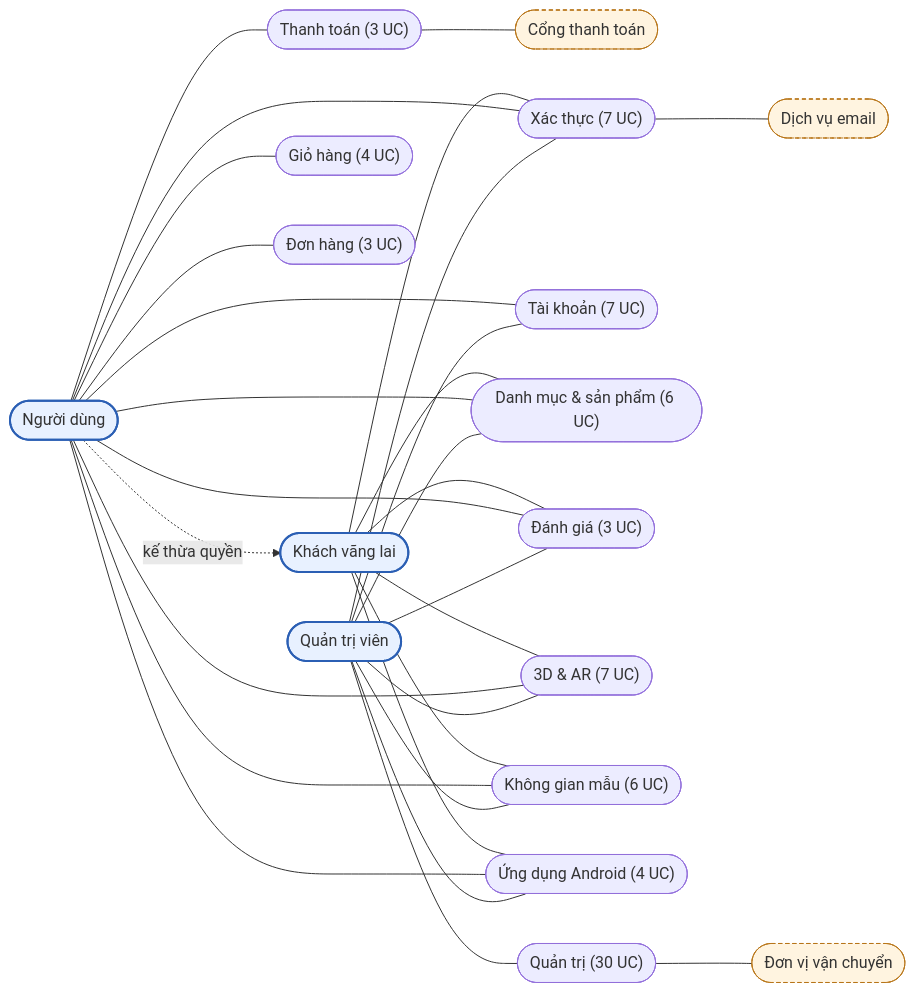
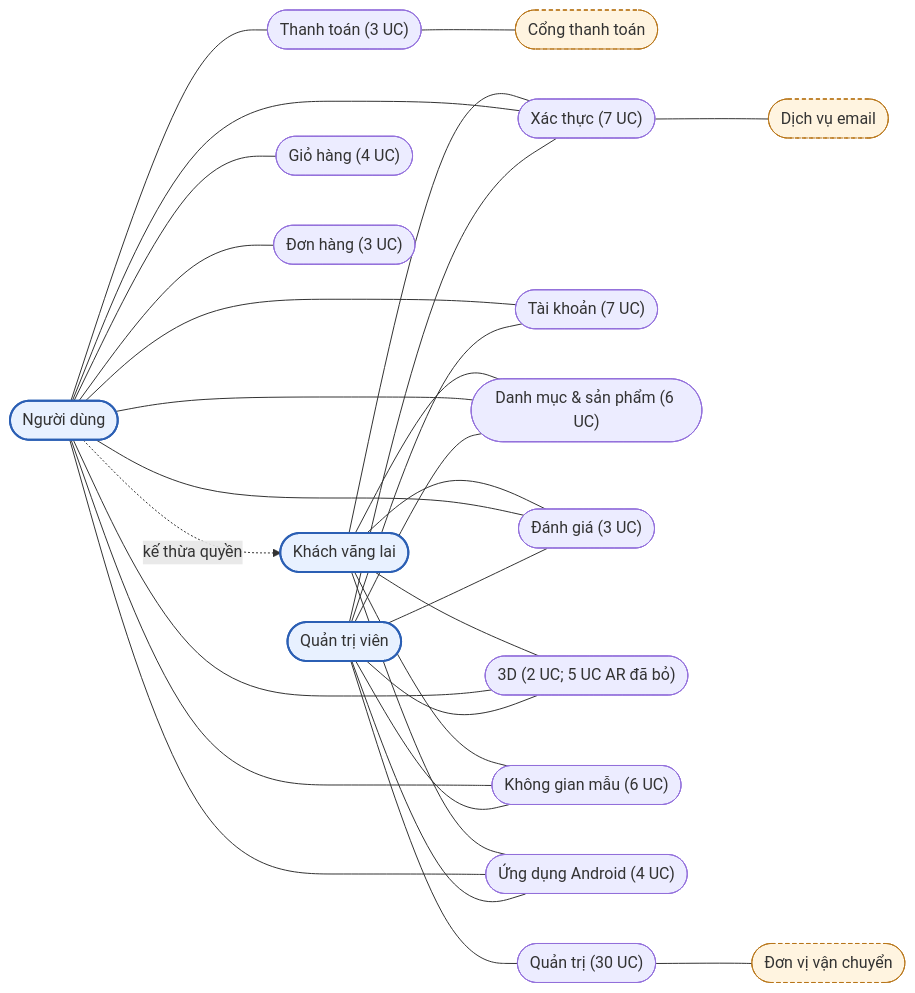
Before and after one commit to 2431540234-arch/XDUDTMDT: the first of 13 diagrams in docs/DAC_TA_CHUC_NANG_THEO_VAI_TRO.md, drawn with Mermaid. The commit also changed other lines of this file and 30 other files, not shown here.

First line of the commit message:
docs: cap nhat DAC_TA, DECISIONS, schema va tai lieu chuan theo quyet dinh moi

````diff
--- a/docs/DAC_TA_CHUC_NANG_THEO_VAI_TRO.md
+++ b/docs/DAC_TA_CHUC_NANG_THEO_VAI_TRO.md
@@ -278,50 +291,50 @@
 ```mermaid
 flowchart LR
     K(["Khách vãng lai"]):::actor
     N(["Người dùng"]):::actor
     A(["Quản trị viên"]):::actor
     GW(["Cổng thanh toán"]):::ext
     SH(["Đơn vị vận chuyển"]):::ext
     EM(["Dịch vụ email"]):::ext
     N -. "kế thừa quyền" .-> K
     G_AUTH(["Xác thực (7 UC)"])
     G_ACC(["Tài khoản (7 UC)"])
     G_CAT(["Danh mục & sản phẩm (6 UC)"])
     G_CART(["Giỏ hàng (4 UC)"])
     G_ORD(["Đơn hàng (3 UC)"])
     G_PAY(["Thanh toán (3 UC)"])
     G_REV(["Đánh giá (3 UC)"])
-    G_D3(["3D & AR (7 UC)"])
+    G_D3(["3D (2 UC; 5 UC AR đã bỏ)"])
     G_SPACE(["Không gian mẫu (6 UC)"])
     G_MOB(["Ứng dụng Android (4 UC)"])
     G_ADM(["Quản trị (30 UC)"])
     K --- G_AUTH
     N --- G_AUTH
     A --- G_AUTH
     N --- G_ACC
     A --- G_ACC
     K --- G_CAT
     N --- G_CAT
     A --- G_CAT
     N --- G_CART
     N --- G_ORD
     N --- G_PAY
     K --- G_REV
     N --- G_REV
     A --- G_REV
     K --- G_D3
     N --- G_D3
     A --- G_D3
     K --- G_SPACE
     K --- G_MOB
     N --- G_MOB
     A --- G_MOB
     N --- G_SPACE
     A --- G_SPACE
     A --- G_ADM
     G_PAY --- GW
     G_ADM --- SH
     G_AUTH --- EM
     classDef actor fill:#e8f1ff,stroke:#2b5fb4,stroke-width:2px
     classDef ext fill:#fff4e0,stroke:#b8761a,stroke-dasharray: 4 3
 ```
````
